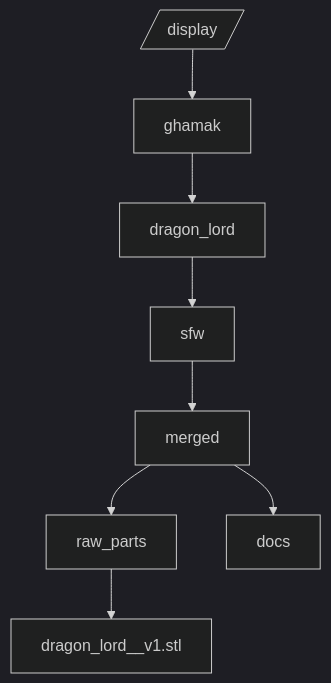
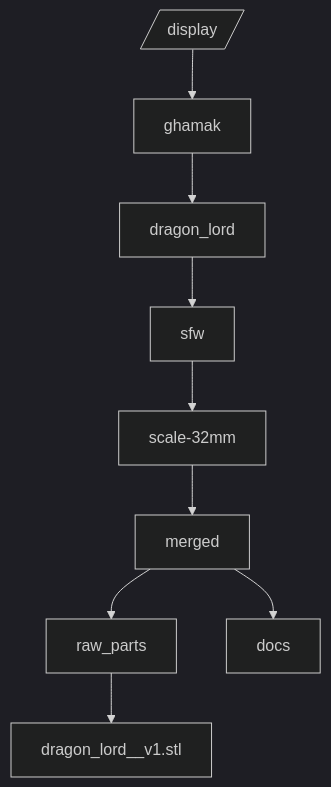
The fifth of 6 diagrams in docs/FolderStructure_Model_Files.md (TaliesinDS/STL-manager), drawn with Mermaid (dark theme) before and after one commit. The commit also changed other lines of this file, not shown here.

First line of the commit message:
Update display folder structure to include scale segment

````diff
--- a/docs/FolderStructure_Model_Files.md
+++ b/docs/FolderStructure_Model_Files.md
@@ -471,10 +484,11 @@
 ```mermaid
 graph TD
   S0[/display/]-->S1[ghamak]
   S1-->S2[dragon_lord]
   S2-->S3[sfw]
-  S3-->S4[merged]
+  S3-->SC[scale-32mm]
+  SC-->S4[merged]
   S4-->S5[raw_parts]
   S5-->S6[dragon_lord__v1.stl]
   S4-->S7[docs]
 ```
````
